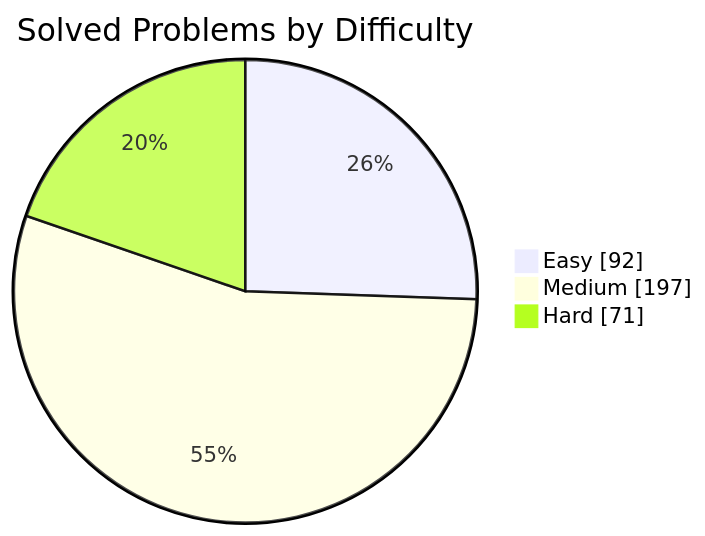
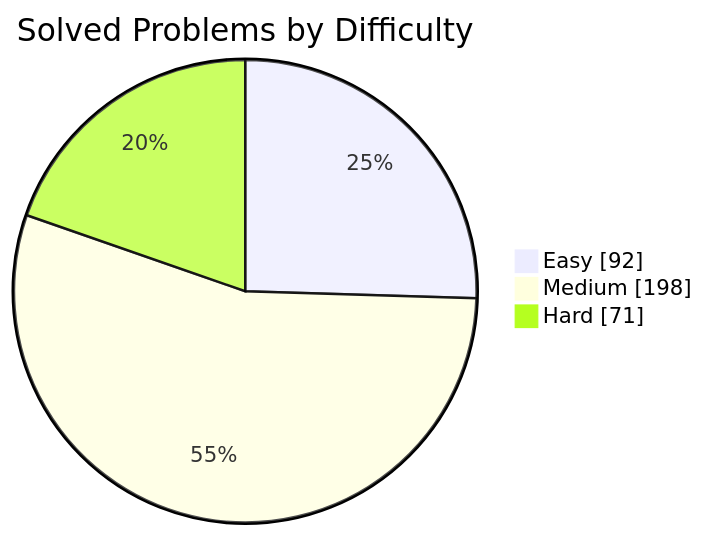
The first of 2 diagrams in README.md (manikantbindass/DSA-Preparation-FAANG), drawn with Mermaid before and after one commit. The commit also changed other lines of this file and 1 other file, not shown here.

````diff
--- a/README.md
+++ b/README.md
@@ -77,7 +77,7 @@
 ```mermaid
 pie showData
     title Solved Problems by Difficulty
     "Easy" : 92
-    "Medium" : 197
+    "Medium" : 198
     "Hard" : 71
 ```
````
